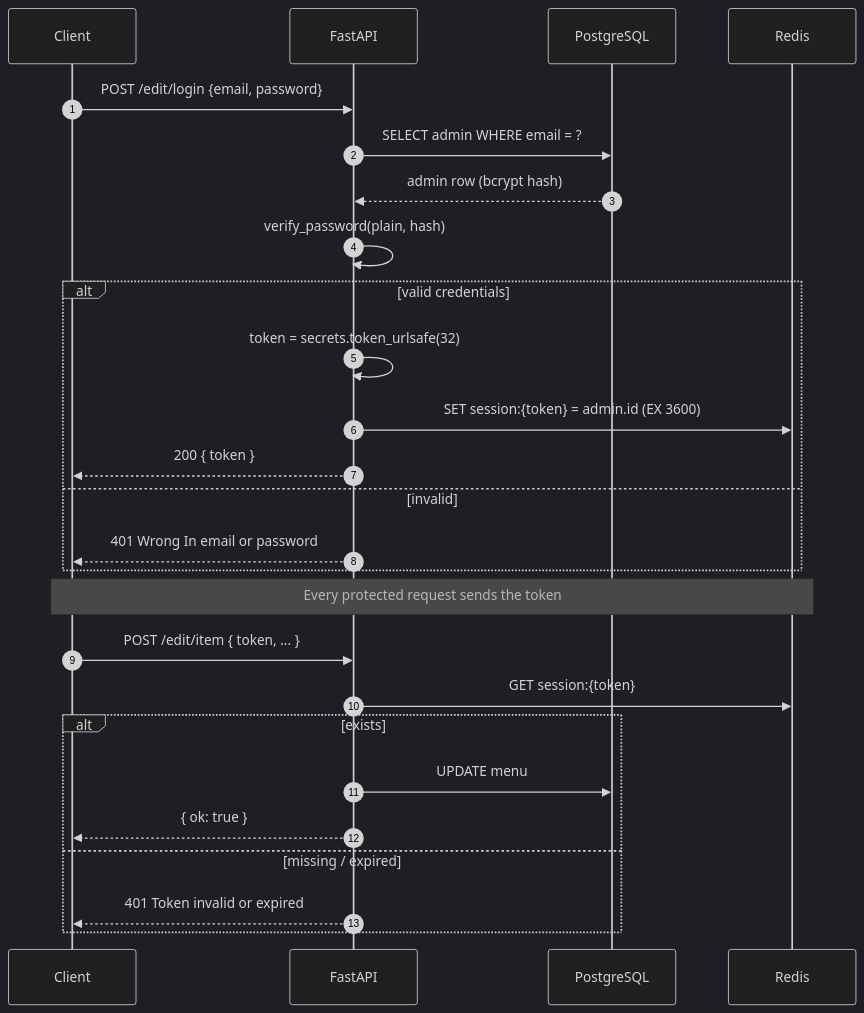
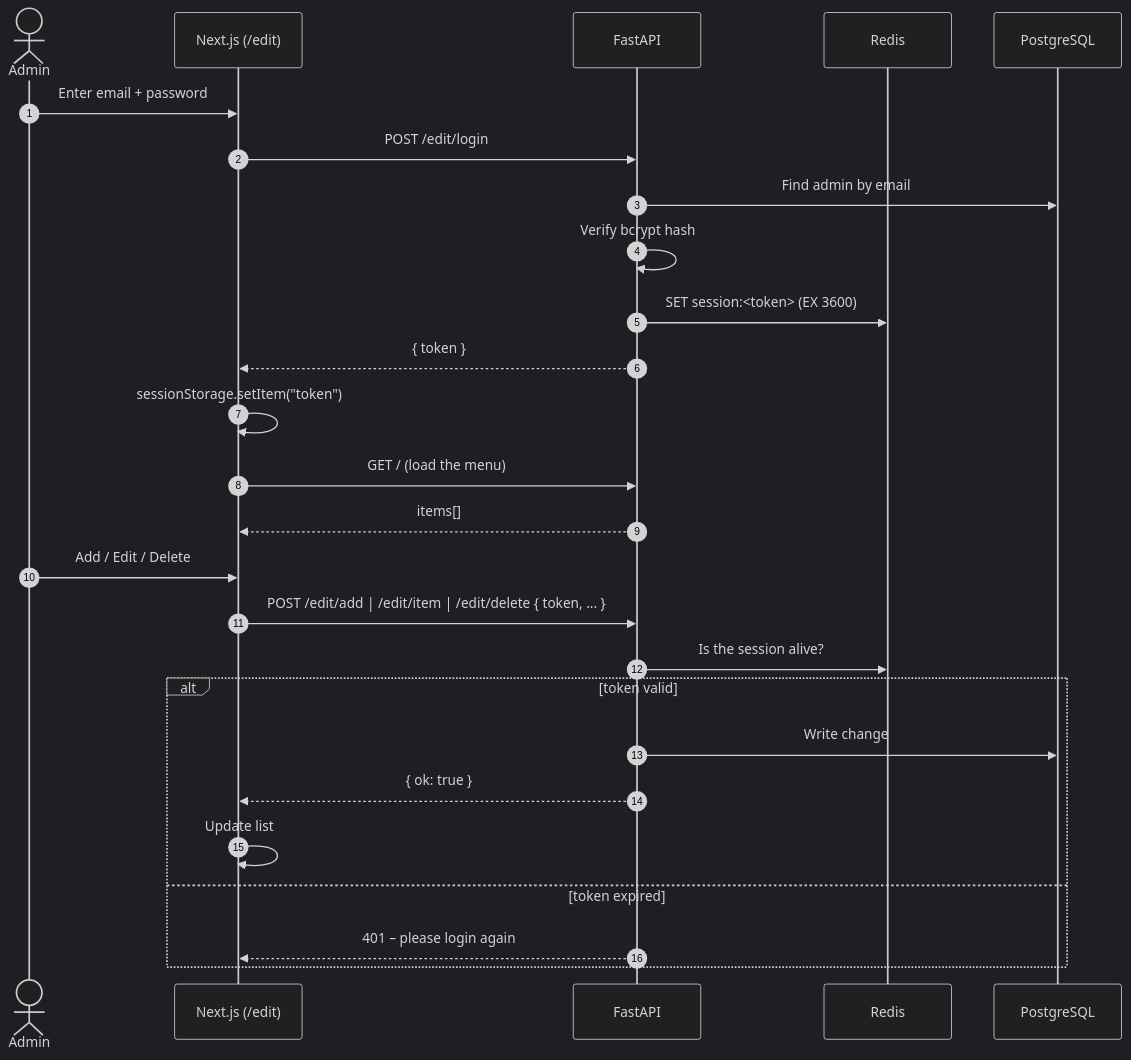
One commit to Omar404X0/Menu-Frontend changed the second of 2 diagrams in README.md. Above: the diagram before and after it, drawn with Mermaid (dark theme). The commit also changed other lines of this file, not shown here.

````diff
--- a/README.md
+++ b/README.md
@@ -115,31 +179,30 @@
 ```mermaid
 sequenceDiagram
     autonumber
-    participant C as Client
-    participant A as FastAPI
-    participant D as PostgreSQL
-    participant R as Redis
+    actor Admin
+    participant UI as Next.js (/edit)
+    participant API as FastAPI
+    participant Redis
+    participant DB as PostgreSQL
 
-    C->>A: POST /edit/login {email, password}
-    A->>D: SELECT admin WHERE email = ?
-    D-->>A: admin row (bcrypt hash)
-    A->>A: verify_password(plain, hash)
-    alt valid credentials
-        A->>A: token = secrets.token_urlsafe(32)
-        A->>R: SET session:{token} = admin.id  (EX 3600)
-        A-->>C: 200 { token }
-    else invalid
-        A-->>C: 401 Wrong In email or password
-    end
+    Admin->>UI: Enter email + password
+    UI->>API: POST /edit/login
+    API->>DB: Find admin by email
+    API->>API: Verify bcrypt hash
+    API->>Redis: SET session:<token> (EX 3600)
+    API-->>UI: { token }
+    UI->>UI: sessionStorage.setItem("token")
+    UI->>API: GET /  (load the menu)
+    API-->>UI: items[]
 
-    Note over C,R: Every protected request sends the token
-
-    C->>A: POST /edit/item { token, ... }
-    A->>R: GET session:{token}
-    alt exists
-        A->>D: UPDATE menu
-        A-->>C: { ok: true }
-    else missing / expired
-        A-->>C: 401 Token invalid or expired
+    Admin->>UI: Add / Edit / Delete
+    UI->>API: POST /edit/add | /edit/item | /edit/delete { token, ... }
+    API->>Redis: Is the session alive?
+    alt token valid
+        API->>DB: Write change
+        API-->>UI: { ok: true }
+        UI->>UI: Update list
+    else token expired
+        API-->>UI: 401 – please login again
     end
 ```
````
